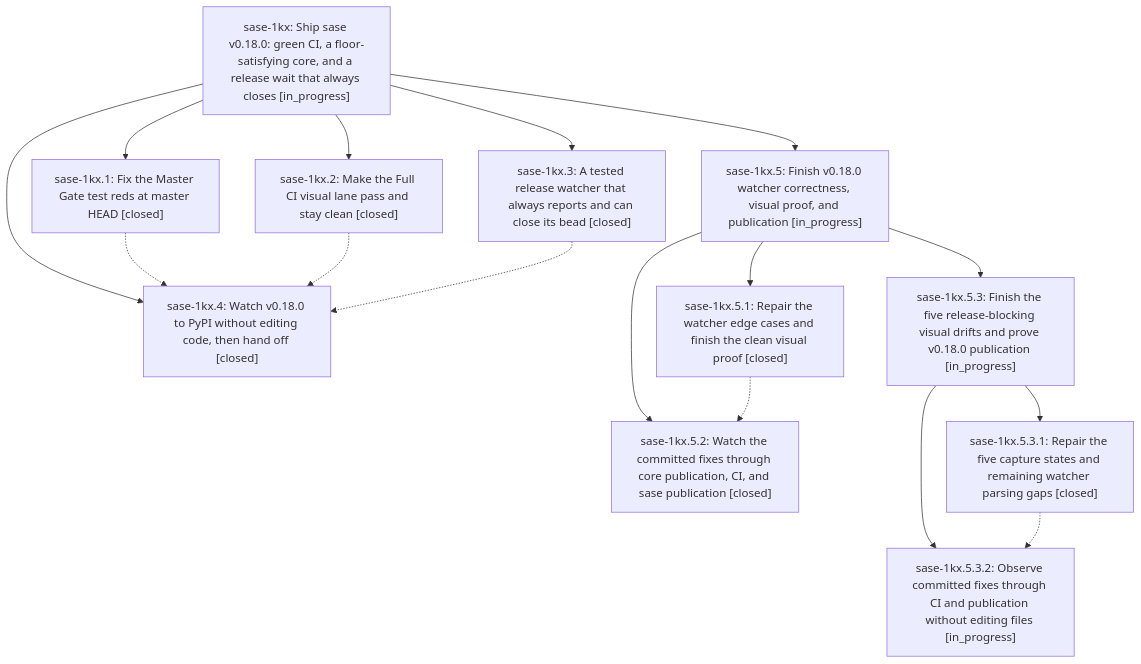
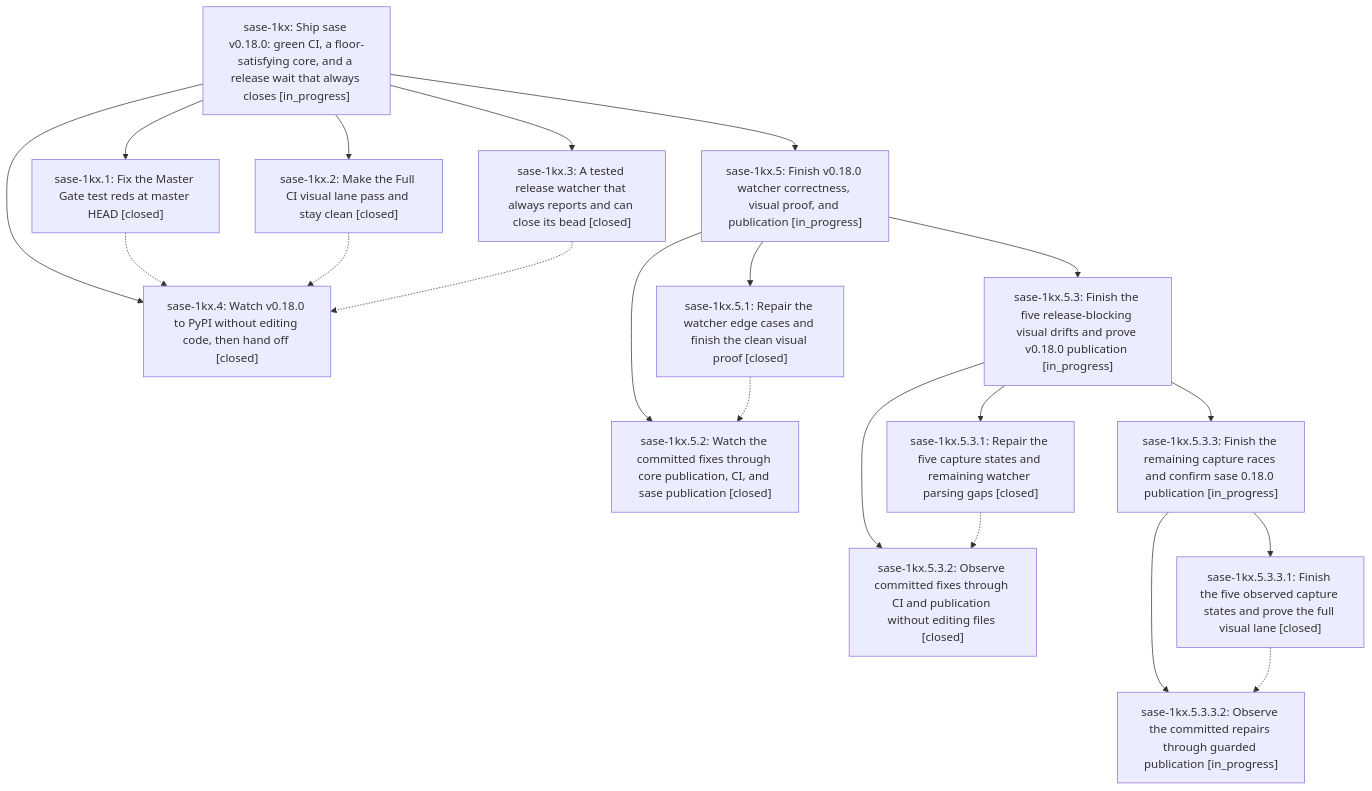
Before and after one commit to sase-org/sase--beads: the diagram in pages/sase-1kx/README.md, drawn with Mermaid. The commit also changed other lines of this file and 7 other files, not shown here.

````diff
--- a/pages/sase-1kx/README.md
+++ b/pages/sase-1kx/README.md
@@ -87,29 +87,36 @@
 ```mermaid
 flowchart TD
     n0["sase-1kx: Ship sase v0.18.0: green CI, a floor-satisfying core, and a release wait that always closes [in_progress]"]
     n1["sase-1kx.1: Fix the Master Gate test reds at master HEAD [closed]"]
     n2["sase-1kx.2: Make the Full CI visual lane pass and stay clean [closed]"]
     n3["sase-1kx.3: A tested release watcher that always reports and can close its bead [closed]"]
     n4["sase-1kx.4: Watch v0.18.0 to PyPI without editing code, then hand off [closed]"]
     n5["sase-1kx.5: Finish v0.18.0 watcher correctness, visual proof, and publication [in_progress]"]
     n6["sase-1kx.5.1: Repair the watcher edge cases and finish the clean visual proof [closed]"]
     n7["sase-1kx.5.2: Watch the committed fixes through core publication, CI, and sase publication [closed]"]
     n8["sase-1kx.5.3: Finish the five release-blocking visual drifts and prove v0.18.0 publication [in_progress]"]
     n9["sase-1kx.5.3.1: Repair the five capture states and remaining watcher parsing gaps [closed]"]
-    n10["sase-1kx.5.3.2: Observe committed fixes through CI and publication without editing files [in_progress]"]
+    n10["sase-1kx.5.3.2: Observe committed fixes through CI and publication without editing files [closed]"]
+    n11["sase-1kx.5.3.3: Finish the remaining capture races and confirm sase 0.18.0 publication [in_progress]"]
+    n12["sase-1kx.5.3.3.1: Finish the five observed capture states and prove the full visual lane [closed]"]
+    n13["sase-1kx.5.3.3.2: Observe the committed repairs through guarded publication [in_progress]"]
     n0 --> n1
     n0 --> n2
     n0 --> n3
     n0 --> n4
     n0 --> n5
     n5 --> n6
     n5 --> n7
     n5 --> n8
     n8 --> n9
     n8 --> n10
+    n8 --> n11
+    n11 --> n12
+    n11 --> n13
     n1 -.-> n4
     n2 -.-> n4
     n3 -.-> n4
     n6 -.-> n7
     n9 -.-> n10
+    n12 -.-> n13
 ```
````
